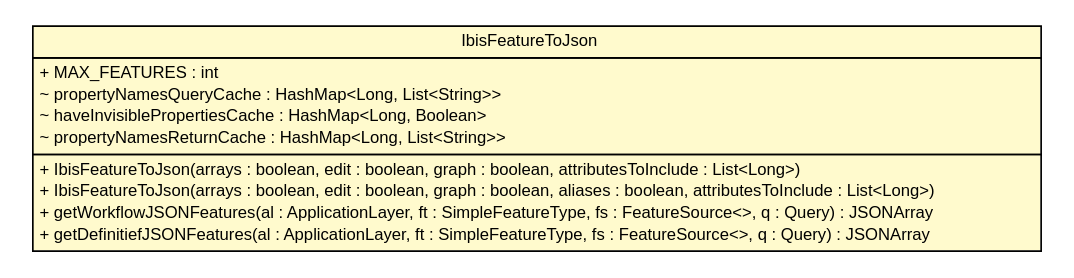
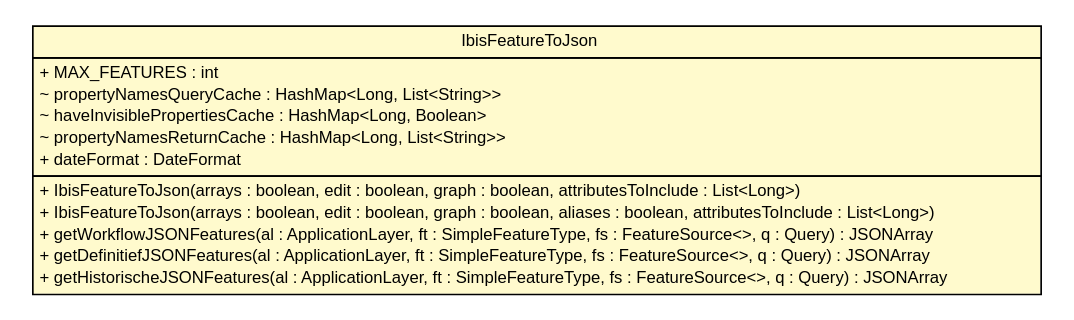
Before and after one commit to B3Partners/flamingo-ibis: the diagram in ibis-viewer/apidocs/nl/b3p/viewer/util/IbisFeatureToJson.dot, drawn with Graphviz. The commit also changed 231 other files, not shown here.

```diff
--- a/ibis-viewer/apidocs/nl/b3p/viewer/util/IbisFeatureToJson.dot
+++ b/ibis-viewer/apidocs/nl/b3p/viewer/util/IbisFeatureToJson.dot
@@ -1,30 +1,32 @@
 #!/usr/local/bin/dot
 #
 # Class diagram 
 # Generated by UMLGraph version R5_6-24-gf6e263 (http://www.umlgraph.org/)
 #
 
 digraph G {
 	edge [fontname="Helvetica",fontsize=10,labelfontname="Helvetica",labelfontsize=10];
 	node [fontname="Helvetica",fontsize=10,shape=plaintext];
 	nodesep=0.25;
 	ranksep=0.5;
 	// nl.b3p.viewer.util.IbisFeatureToJson
-	c230 [label=<<table title="nl.b3p.viewer.util.IbisFeatureToJson" border="0" cellborder="1" cellspacing="0" cellpadding="2" port="p" bgcolor="lemonChiffon" href="./IbisFeatureToJson.html">
+	c264 [label=<<table title="nl.b3p.viewer.util.IbisFeatureToJson" border="0" cellborder="1" cellspacing="0" cellpadding="2" port="p" bgcolor="lemonChiffon" href="./IbisFeatureToJson.html">
 		<tr><td><table border="0" cellspacing="0" cellpadding="1">
 <tr><td align="center" balign="center"> IbisFeatureToJson </td></tr>
 		</table></td></tr>
 		<tr><td><table border="0" cellspacing="0" cellpadding="1">
 <tr><td align="left" balign="left"> + MAX_FEATURES : int </td></tr>
 <tr><td align="left" balign="left"> ~ propertyNamesQueryCache : HashMap&lt;Long, List&lt;String&gt;&gt; </td></tr>
 <tr><td align="left" balign="left"> ~ haveInvisiblePropertiesCache : HashMap&lt;Long, Boolean&gt; </td></tr>
 <tr><td align="left" balign="left"> ~ propertyNamesReturnCache : HashMap&lt;Long, List&lt;String&gt;&gt; </td></tr>
+<tr><td align="left" balign="left"> + dateFormat : DateFormat </td></tr>
 		</table></td></tr>
 		<tr><td><table border="0" cellspacing="0" cellpadding="1">
 <tr><td align="left" balign="left"> + IbisFeatureToJson(arrays : boolean, edit : boolean, graph : boolean, attributesToInclude : List&lt;Long&gt;) </td></tr>
 <tr><td align="left" balign="left"> + IbisFeatureToJson(arrays : boolean, edit : boolean, graph : boolean, aliases : boolean, attributesToInclude : List&lt;Long&gt;) </td></tr>
 <tr><td align="left" balign="left"> + getWorkflowJSONFeatures(al : ApplicationLayer, ft : SimpleFeatureType, fs : FeatureSource&lt;&gt;, q : Query) : JSONArray </td></tr>
 <tr><td align="left" balign="left"> + getDefinitiefJSONFeatures(al : ApplicationLayer, ft : SimpleFeatureType, fs : FeatureSource&lt;&gt;, q : Query) : JSONArray </td></tr>
+<tr><td align="left" balign="left"> + getHistorischeJSONFeatures(al : ApplicationLayer, ft : SimpleFeatureType, fs : FeatureSource&lt;&gt;, q : Query) : JSONArray </td></tr>
 		</table></td></tr>
 		</table>>, URL="./IbisFeatureToJson.html", fontname="Helvetica", fontcolor="black", fontsize=10.0];
 }
```
